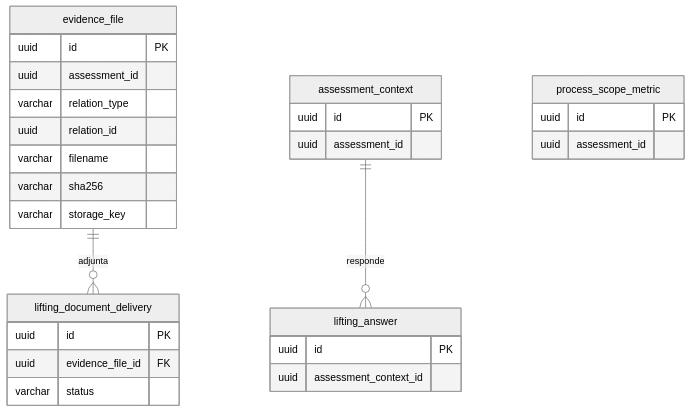
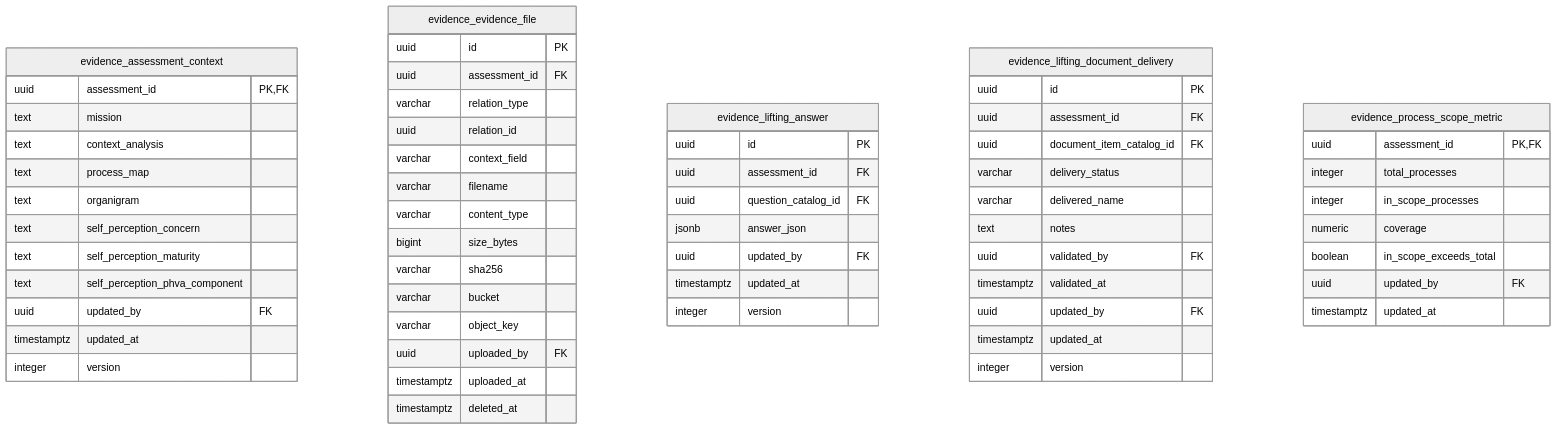
Before and after one commit to jdtovar07/MSPI_NVA_CO_DOCS: the sixth of 9 diagrams in Documentacion-General/Modelo-Datos-MER.md, drawn with Mermaid (neutral theme). The commit also changed other lines of this file, not shown here.

Commit message:
docs(mer): complete per-schema ER diagrams with all 73 tables, columns and cross-schema references

````diff
--- a/Documentacion-General/Modelo-Datos-MER.md
+++ b/Documentacion-General/Modelo-Datos-MER.md
@@ -270,32 +1044,63 @@
 ```mermaid
 erDiagram
-  evidence_file ||--o{ lifting_document_delivery : adjunta
-  assessment_context ||--o{ lifting_answer : responde
-
-  evidence_file {
+  evidence_assessment_context {
+    uuid assessment_id PK,FK
+    text mission
+    text context_analysis
+    text process_map
+    text organigram
+    text self_perception_concern
+    text self_perception_maturity
+    text self_perception_phva_component
+    uuid updated_by FK
+    timestamptz updated_at
+    integer version
+  }
+  evidence_evidence_file {
     uuid id PK
-    uuid assessment_id
+    uuid assessment_id FK
     varchar relation_type
     uuid relation_id
+    varchar context_field
     varchar filename
+    varchar content_type
+    bigint size_bytes
     varchar sha256
-    varchar storage_key
+    varchar bucket
+    varchar object_key
+    uuid uploaded_by FK
+    timestamptz uploaded_at
+    timestamptz deleted_at
   }
-  assessment_context {
+  evidence_lifting_answer {
     uuid id PK
-    uuid assessment_id
+    uuid assessment_id FK
+    uuid question_catalog_id FK
+    jsonb answer_json
+    uuid updated_by FK
+    timestamptz updated_at
+    integer version
   }
-  lifting_document_delivery {
+  evidence_lifting_document_delivery {
     uuid id PK
-    uuid evidence_file_id FK
-    varchar status
+    uuid assessment_id FK
+    uuid document_item_catalog_id FK
+    varchar delivery_status
+    varchar delivered_name
+    text notes
+    uuid validated_by FK
+    timestamptz validated_at
+    uuid updated_by FK
+    timestamptz updated_at
+    integer version
   }
-  lifting_answer {
-    uuid id PK
-    uuid assessment_context_id
-  }
-  process_scope_metric {
-    uuid id PK
-    uuid assessment_id
+  evidence_process_scope_metric {
+    uuid assessment_id PK,FK
+    integer total_processes
+    integer in_scope_processes
+    numeric coverage
+    boolean in_scope_exceeds_total
+    uuid updated_by FK
+    timestamptz updated_at
   }
 ```
````
